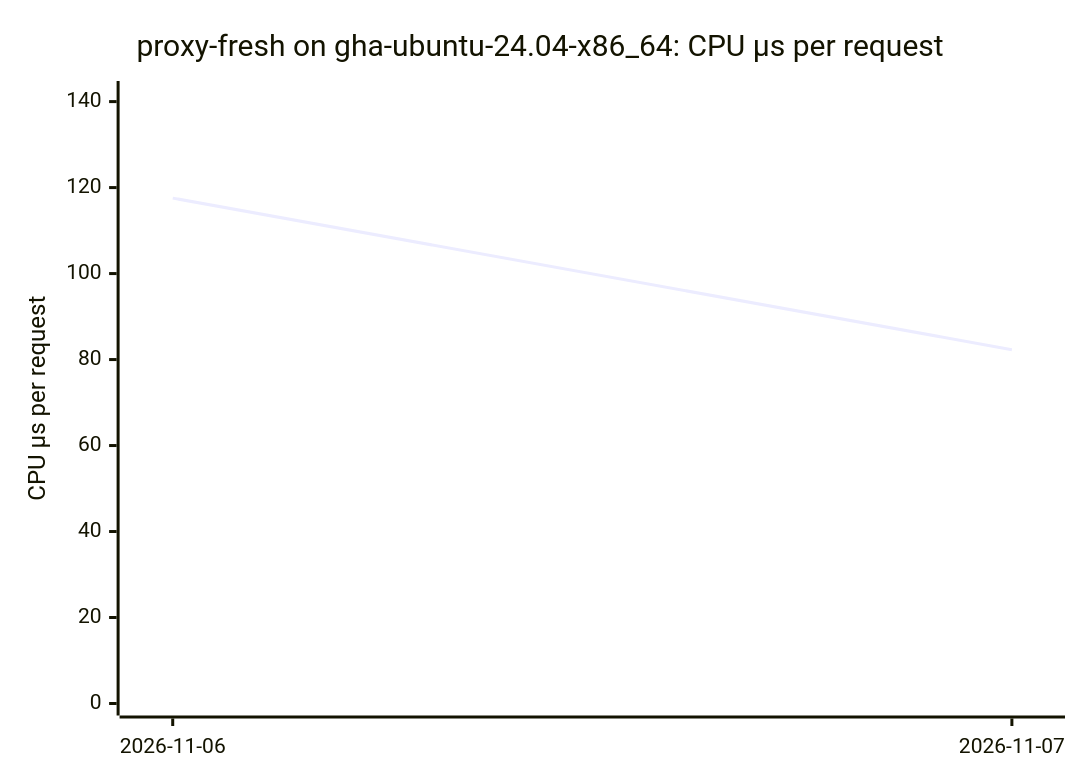
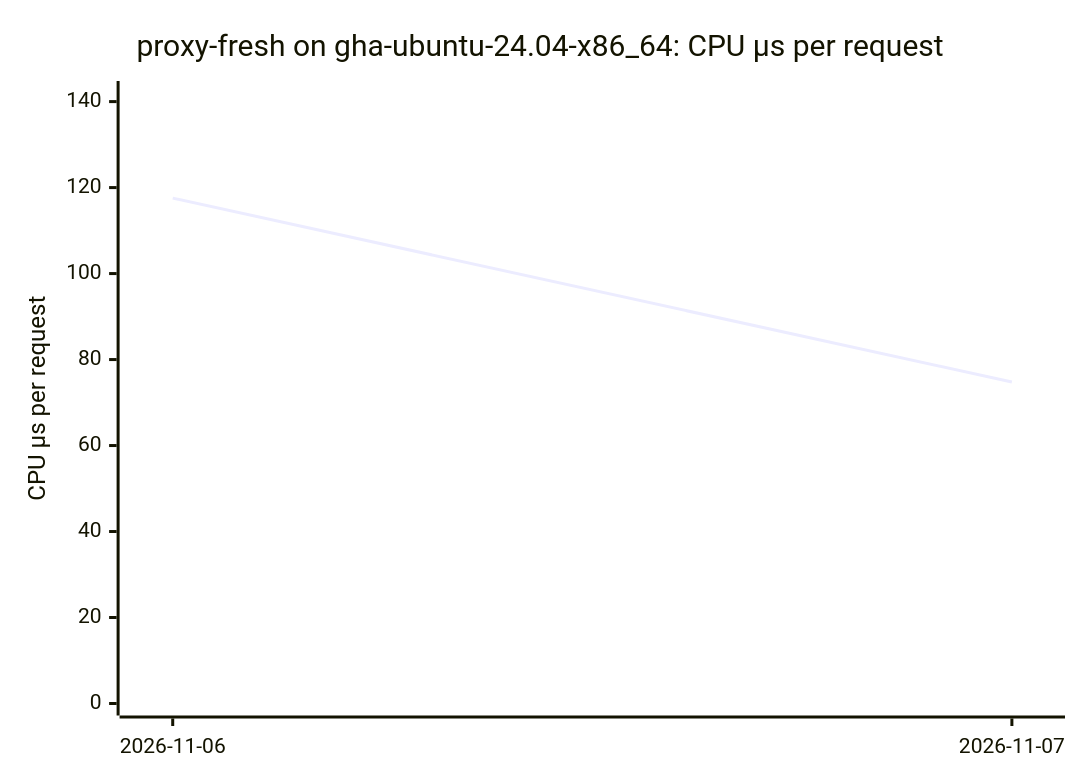
Before and after one commit to ThePixelPilgrim/durchlauferhitzer: the fifth of 16 diagrams in BENCHMARKS.md, drawn with Mermaid. The commit also changed other lines of this file and 1 other file, not shown here.

````diff
--- a/BENCHMARKS.md
+++ b/BENCHMARKS.md
@@ -64,7 +65,7 @@
 ```mermaid
 xychart-beta
   title "proxy-fresh on gha-ubuntu-24.04-x86_64: CPU µs per request"
   x-axis ["2026-11-06", "2026-11-07"]
   y-axis "CPU µs per request" 0 --> 142
-  line [117.55, 82.30]
+  line [117.55, 74.78]
 ```
````
